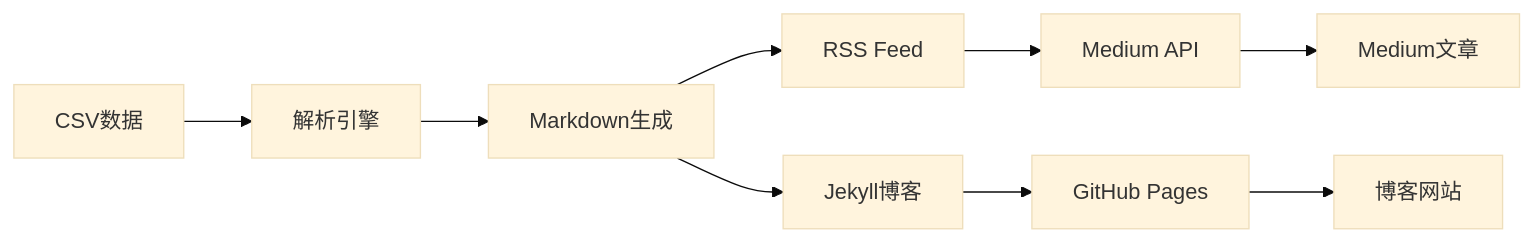
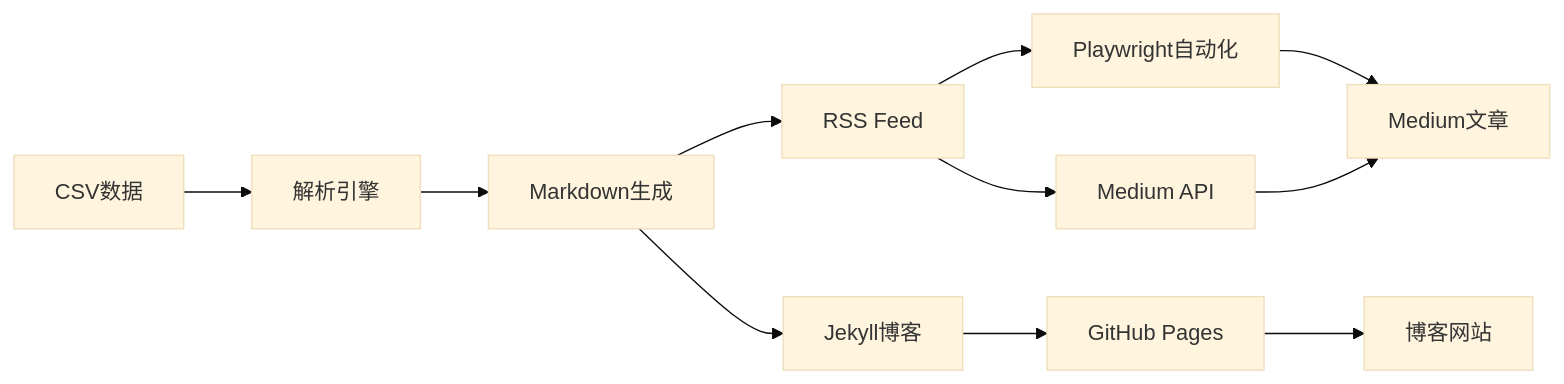
Before and after one commit to zhangxin15435/rss_autopost: the diagram in README.md, drawn with Mermaid (base theme). The commit also changed other lines of this file and 4 other files, not shown here.

````diff
--- a/README.md
+++ b/README.md
@@ -18,11 +20,13 @@
 ```mermaid
 graph LR
     A[CSV数据] --> B[解析引擎]
     B --> C[Markdown生成]
     C --> D[RSS Feed]
     C --> E[Jekyll博客]
-    D --> F[Medium API]
-    E --> G[GitHub Pages]
-    F --> H[Medium文章]
-    G --> I[博客网站]
+    D --> F[Playwright自动化]
+    D --> G[Medium API]
+    E --> H[GitHub Pages]
+    F --> I[Medium文章]
+    G --> I
+    H --> J[博客网站]
 ```
````
